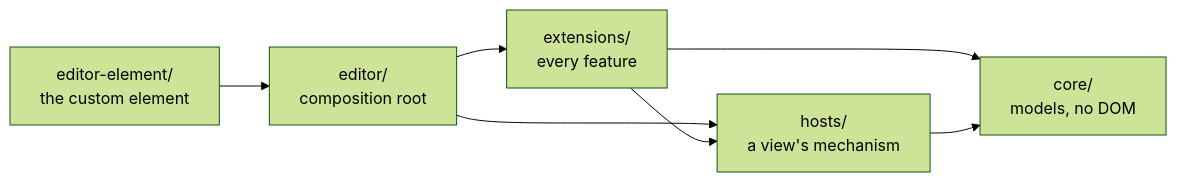
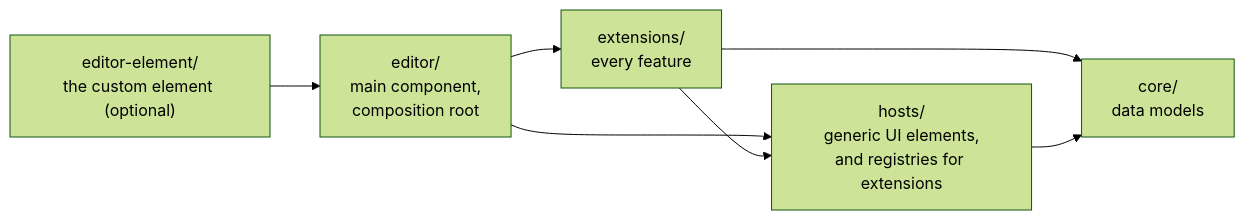
The diagram in docs/diagrams/overview-layers.mmd (sandstorm/zwiebelfisch), drawn with Mermaid (forest theme) before and after one commit. The commit also changed 140 other files, not shown here.

```diff
--- a/docs/diagrams/overview-layers.mmd
+++ b/docs/diagrams/overview-layers.mmd
@@ -1,12 +1,14 @@
 flowchart LR
   element["`editor-element/
-  the custom element`"] --> editor["`editor/
+  the custom element (optional)`"] --> editor["`editor/
+  main component,
   composition root`"]
   editor --> extensions["`extensions/
   every feature`"]
   editor --> hosts["`hosts/
-  a view's mechanism`"]
+  generic UI elements,
+  and registries for extensions`"]
   extensions --> hosts
   extensions --> core["`core/
-  models, no DOM`"]
+  data models`"]
   hosts --> core
```
